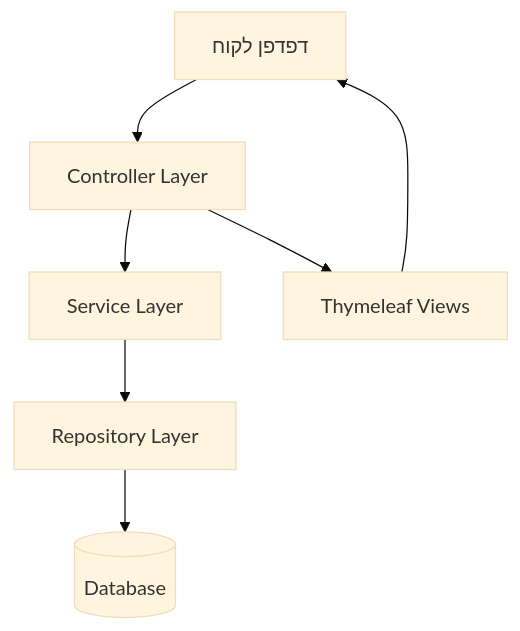
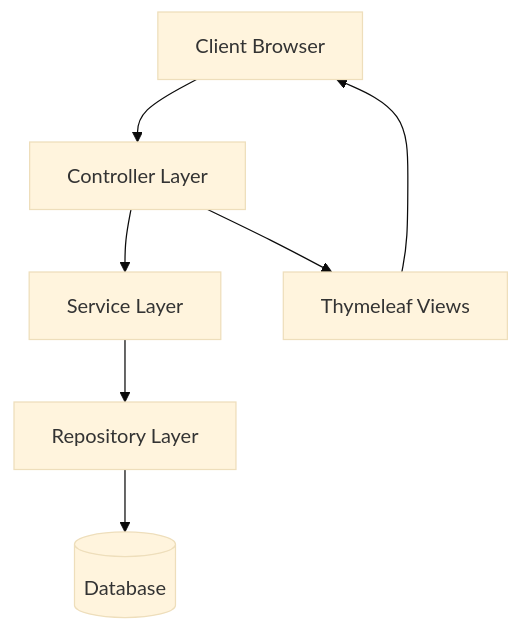
One commit to EliGuriel/Course_Meeting5 changed the first of 11 diagrams in Stage6/תיעוד פרויקט ניהול משתמשים ותפקידים - Stage6.md. Above: the diagram before and after it, drawn with Mermaid (base theme). The commit also changed other lines of this file and 19 other files, not shown here.

````diff
--- a/Stage6/תיעוד פרויקט ניהול משתמשים ותפקידים - Stage6.md
+++ b/Stage6/תיעוד פרויקט ניהול משתמשים ותפקידים - Stage6.md
@@ -83,9 +83,9 @@
 ```mermaid
 graph TD
-    Client[דפדפן לקוח] --> Controller[Controller Layer]
+    Client[Client Browser] --> Controller[Controller Layer]
     Controller --> Service[Service Layer]
     Service --> Repository[Repository Layer]
     Repository --> Database[(Database)]
     Controller --> Views[Thymeleaf Views]
     Views --> Client
 ```
````
